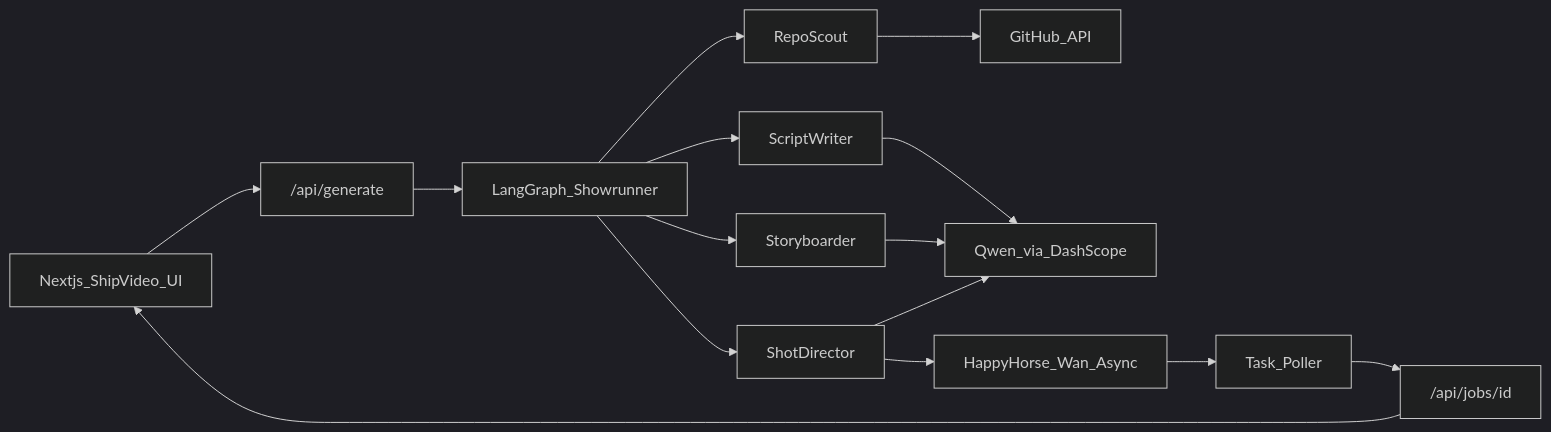
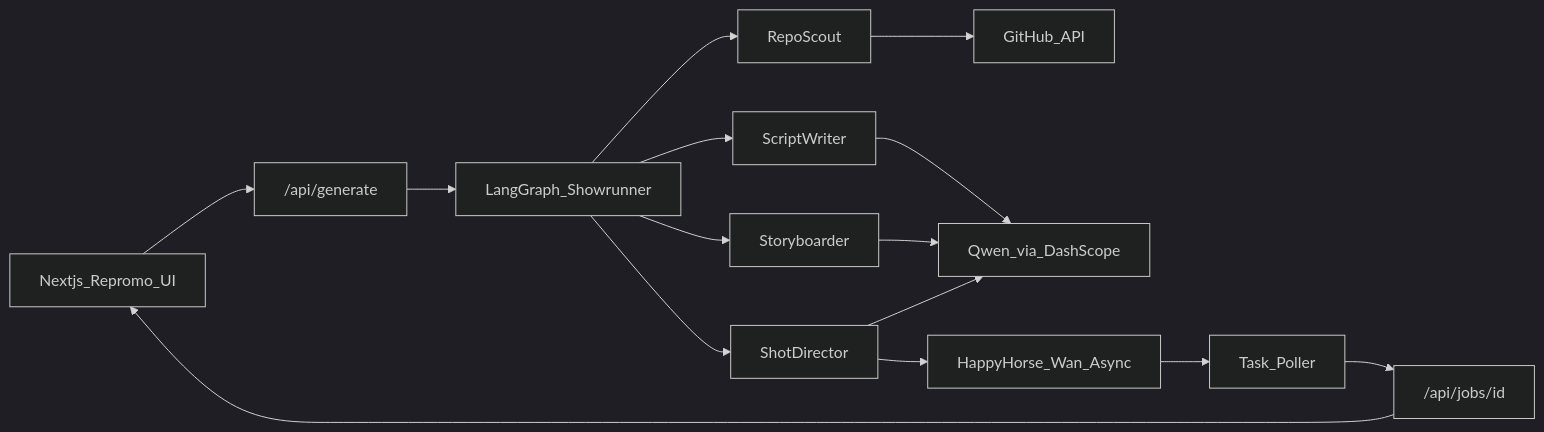
Before and after one commit to fozagtx/repromo: the diagram in docs/ARCHITECTURE.md, drawn with Mermaid (dark theme). The commit also changed 15 other files, not shown here.

````diff
--- a/docs/ARCHITECTURE.md
+++ b/docs/ARCHITECTURE.md
@@ -8,17 +8,17 @@
 ```mermaid
 flowchart LR
-  UI[Nextjs_ShipVideo_UI] --> API["/api/generate"]
+  UI[Nextjs_Repromo_UI] --> API["/api/generate"]
   API --> Graph[LangGraph_Showrunner]
   Graph --> Scout[RepoScout]
   Graph --> Writer[ScriptWriter]
   Graph --> Board[Storyboarder]
   Graph --> Director[ShotDirector]
   Scout --> GH[GitHub_API]
   Writer --> Qwen[Qwen_via_DashScope]
   Board --> Qwen
   Director --> Qwen
   Director --> Video[HappyHorse_Wan_Async]
   Video --> Poll[Task_Poller]
   Poll --> Jobs["/api/jobs/id"]
   Jobs --> UI
 ```
````
